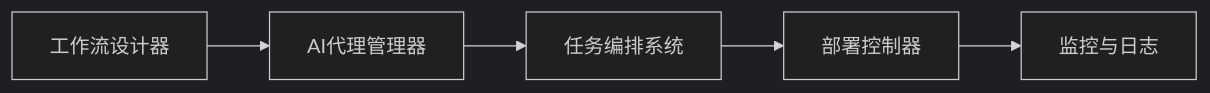
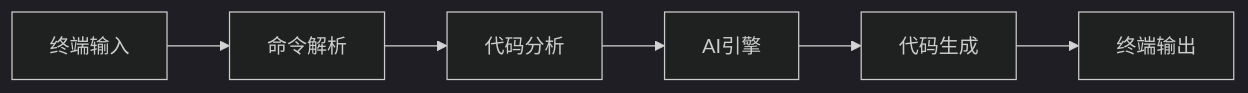
One commit to wayyoungboy/github-trending-reporter changed the sixth of 7 diagrams in reports/2026/01/2026-01-25.md. Above: the diagram before and after it, drawn with Mermaid (dark theme). The commit also changed other lines of this file and 1 other file, not shown here.

````diff
--- a/reports/2026/01/2026-01-25.md
+++ b/reports/2026/01/2026-01-25.md
@@ -478,7 +316,8 @@
 ```mermaid
 graph LR
-    A[工作流设计器] --> B[AI代理管理器]
-    B --> C[任务编排系统]
-    C --> D[部署控制器]
-    D --> E[监控与日志]
+    A[终端输入] --> B[命令解析]
+    B --> C[代码分析]
+    C --> D[AI引擎]
+    D --> E[代码生成]
+    E --> F[终端输出]
 ```
````
